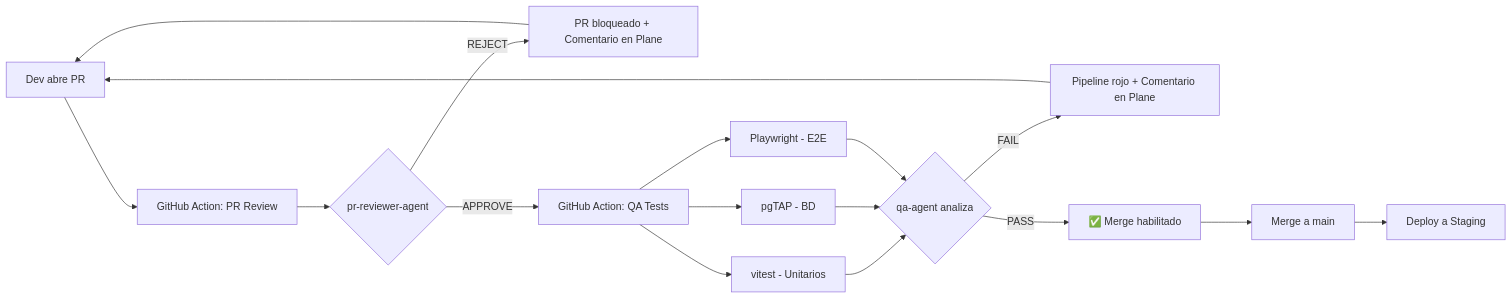
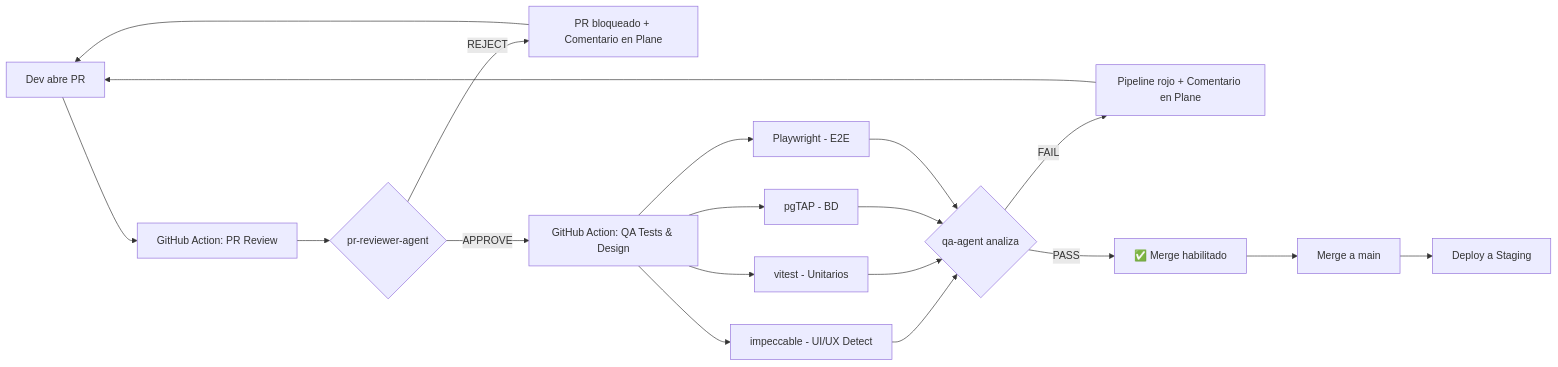
One commit to arcavcwb/center-gas changed the fourth of 4 diagrams in docs/15-agentic-flow-manual.md. Above: the diagram before and after it, drawn with Mermaid. The commit also changed other lines of this file and 7 other files, not shown here.

````diff
--- a/docs/15-agentic-flow-manual.md
+++ b/docs/15-agentic-flow-manual.md
@@ -544,19 +545,21 @@
 ```mermaid
 graph LR
     A[Dev abre PR] --> B[GitHub Action: PR Review]
     B --> C{pr-reviewer-agent}
     C -->|REJECT| D[PR bloqueado + Comentario en Plane]
     D --> A
-    C -->|APPROVE| E[GitHub Action: QA Tests]
-    E --> F[vitest - Unitarios]
+    C -->|APPROVE| E[GitHub Action: QA Tests & Design]
+    E --> F1[impeccable - UI/UX Detect]
+    E --> F2[vitest - Unitarios]
     E --> G[pgTAP - BD]
     E --> H[Playwright - E2E]
-    F --> I{qa-agent analiza}
+    F1 --> I{qa-agent analiza}
+    F2 --> I
     G --> I
     H --> I
     I -->|FAIL| J[Pipeline rojo + Comentario en Plane]
     J --> A
     I -->|PASS| K[✅ Merge habilitado]
     K --> L[Merge a main]
     L --> M[Deploy a Staging]
 ```
````
